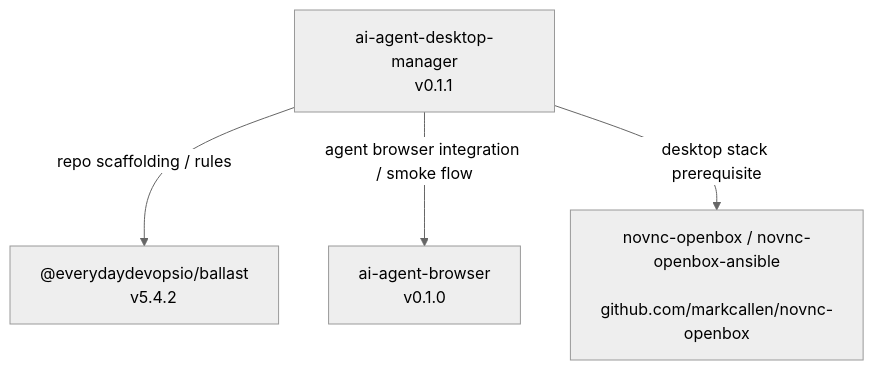
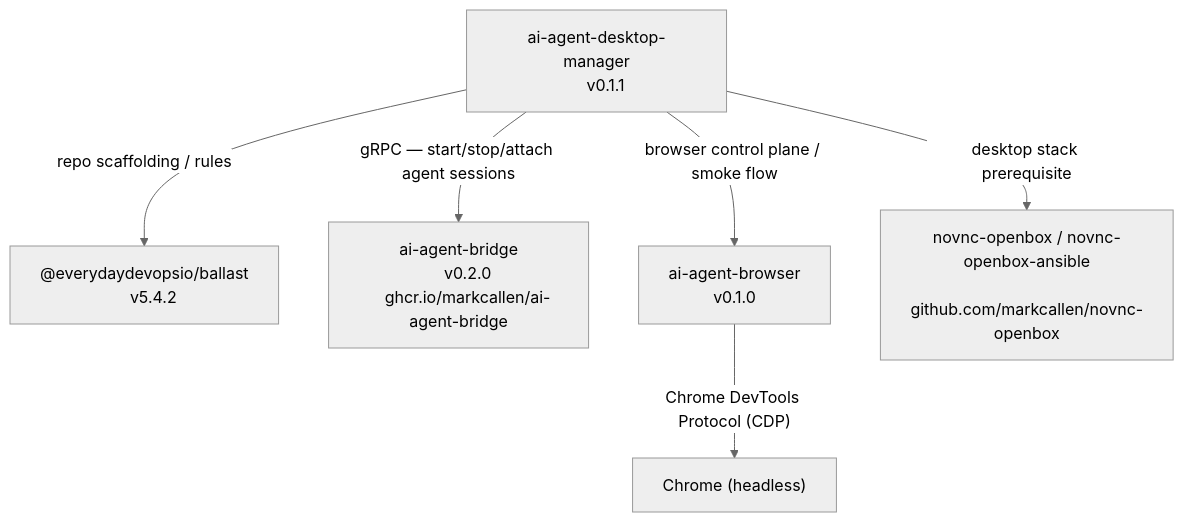
One commit to markcallen/ai-agent-desktop-manager changed the diagram in docs/first-party-dependency-graph.md. Above: the diagram before and after it, drawn with Mermaid (neutral theme). The commit also changed other lines of this file and 8 other files, not shown here.

First line of the commit message:
feat: add ai-agent-bridge to docker compose and fix bridge wiring

````diff
--- a/docs/first-party-dependency-graph.md
+++ b/docs/first-party-dependency-graph.md
@@ -15,15 +16,21 @@
 ```mermaid
 graph TD
     A["ai-agent-desktop-manager
     v0.1.1"]
     B["@everydaydevopsio/ballast
     v5.4.2"]
-    C["ai-agent-browser
+    C["ai-agent-bridge
+    v0.2.0
+    ghcr.io/markcallen/ai-agent-bridge"]
+    E["ai-agent-browser
     v0.1.0"]
     D["novnc-openbox / novnc-openbox-ansible
     github.com/markcallen/novnc-openbox"]
+    F["Chrome (headless)"]
 
     A -->|"repo scaffolding / rules"| B
-    A -->|"agent browser integration / smoke flow"| C
+    A -->|"gRPC — start/stop/attach agent sessions"| C
+    A -->|"browser control plane / smoke flow"| E
     A -->|"desktop stack prerequisite"| D
+    E -->|"Chrome DevTools Protocol (CDP)"| F
 ```
````
